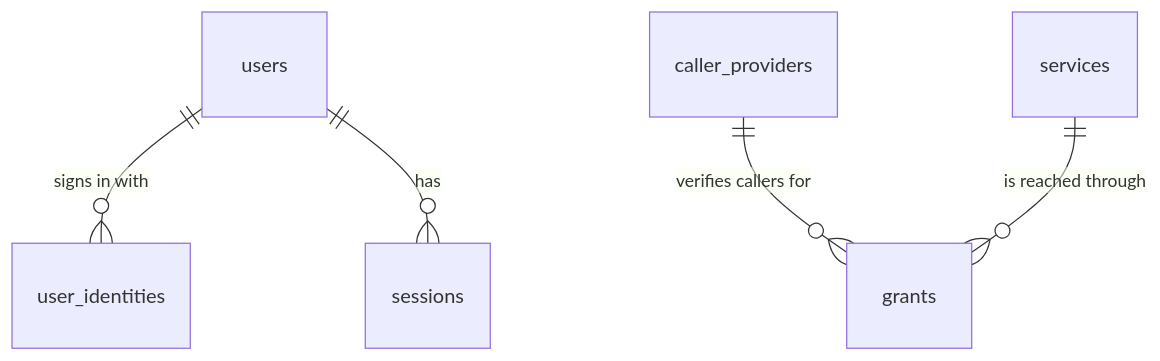
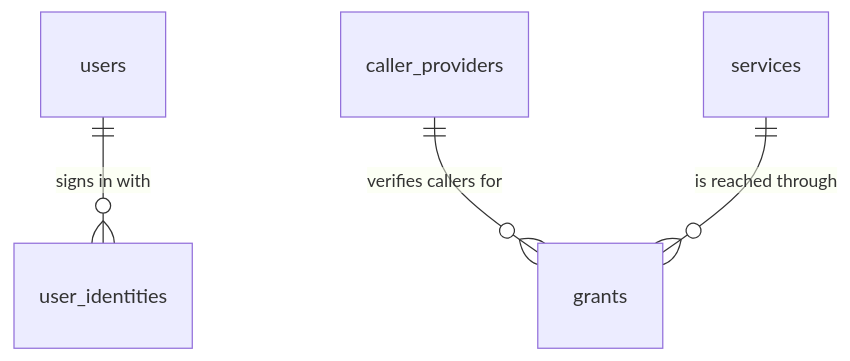
One commit to 2fd/cloudflare-tokengate changed the diagram in docs/architecture.md. Above: the diagram before and after it, drawn with Mermaid. The commit also changed other lines of this file and 94 other files, not shown here.

````diff
--- a/docs/architecture.md
+++ b/docs/architecture.md
@@ -151,7 +149,6 @@
 ```mermaid
 erDiagram
   users ||--o{ user_identities : "signs in with"
-  users ||--o{ sessions : has
   caller_providers ||--o{ grants : "verifies callers for"
   services ||--o{ grants : "is reached through"
 ```
````
